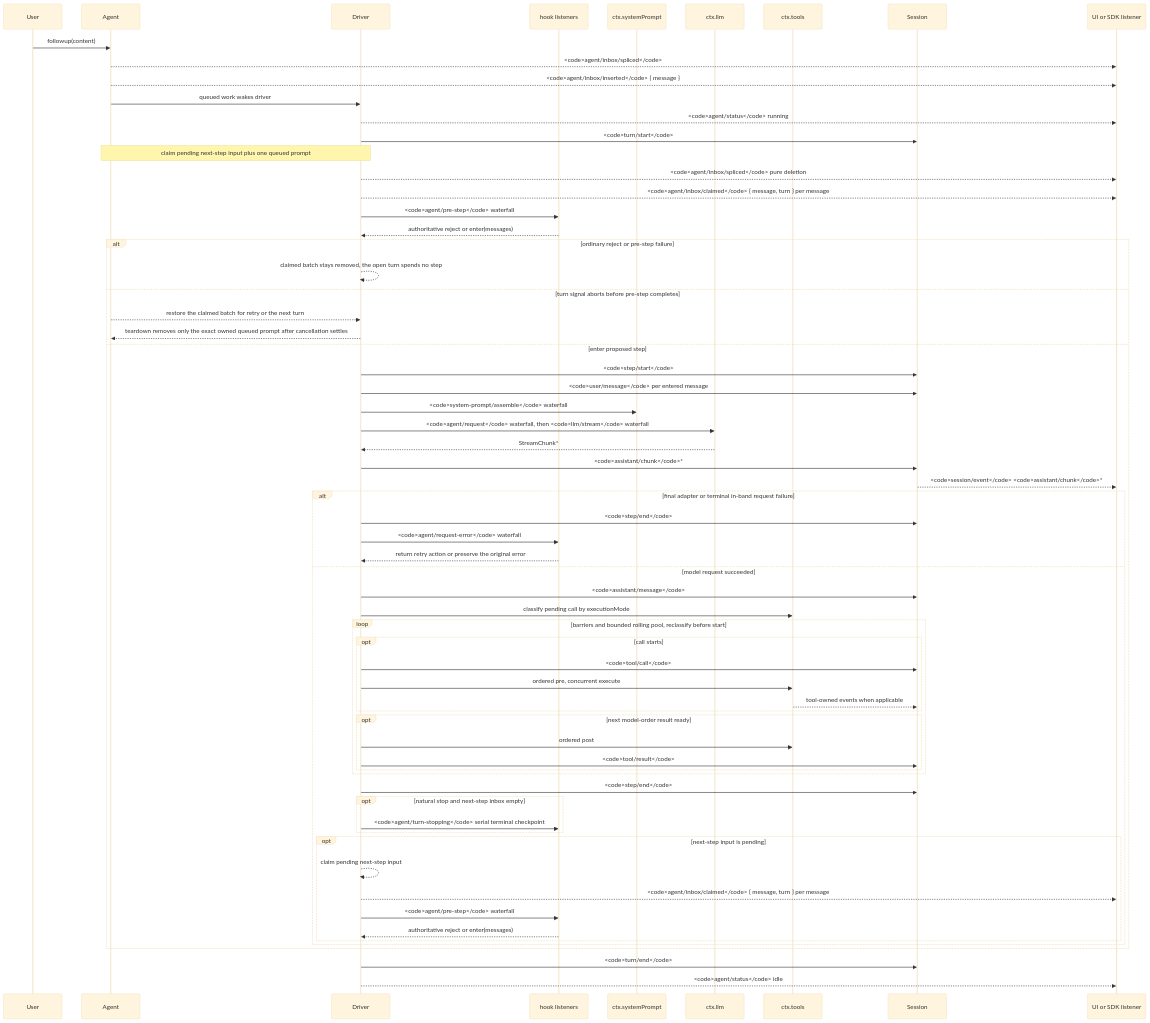
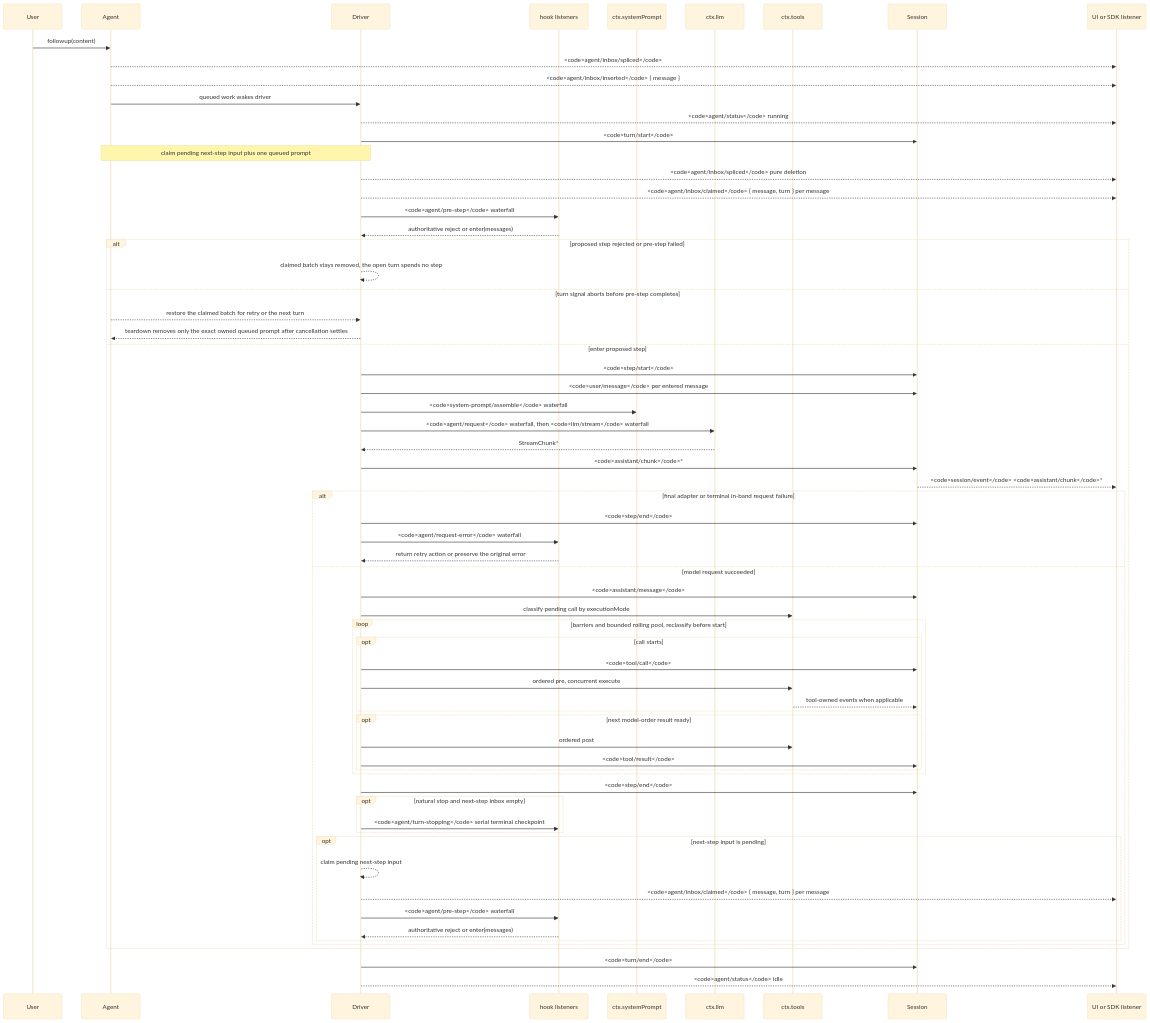
One commit to Abaddollyon/deepseek-harness changed the diagram in docs/agent-lifecycle.zh.md. Above: the diagram before and after it, drawn with Mermaid (base theme). The commit also changed 7 other files, not shown here.

````diff
--- a/docs/agent-lifecycle.zh.md
+++ b/docs/agent-lifecycle.zh.md
@@ -10,68 +10,68 @@
 ```mermaid
 sequenceDiagram
   participant User
   participant Agent
   participant Driver
   participant Hooks as hook listeners
   participant Prompt as ctx.systemPrompt
   participant LLM as ctx.llm
   participant Tools as ctx.tools
   participant Session
   participant SDK as UI or SDK listener
   User->>Agent: followup(content)
   Agent-->>SDK: <code>agent/inbox/spliced</code>
   Agent-->>SDK: <code>agent/inbox/inserted</code> { message }
   Agent->>Driver: queued work wakes driver
   Driver-->>SDK: <code>agent/status</code> running
   Driver->>Session: <code>turn/start</code>
   Note over Agent,Driver: claim pending next-step input plus one queued prompt
   Driver-->>SDK: <code>agent/inbox/spliced</code> pure deletion
   Driver-->>SDK: <code>agent/inbox/claimed</code> { message, turn } per message
   Driver->>Hooks: <code>agent/pre-step</code> waterfall
   Hooks-->>Driver: authoritative reject or enter(messages)
-  alt ordinary reject or pre-step failure
+  alt proposed step rejected or pre-step failed
     Driver-->>Driver: claimed batch stays removed, the open turn spends no step
   else turn signal aborts before pre-step completes
     Agent-->>Driver: restore the claimed batch for retry or the next turn
     Driver-->>Agent: teardown removes only the exact owned queued prompt after cancellation settles
   else enter proposed step
   Driver->>Session: <code>step/start</code>
   Driver->>Session: <code>user/message</code> per entered message
   Driver->>Prompt: <code>system-prompt/assemble</code> waterfall
   Driver->>LLM: <code>agent/request</code> waterfall, then <code>llm/stream</code> waterfall
   LLM-->>Driver: StreamChunk*
   Driver->>Session: <code>assistant/chunk</code>*
   Session-->>SDK: <code>session/event</code> <code>assistant/chunk</code>*
   alt final adapter or terminal in-band request failure
     Driver->>Session: <code>step/end</code>
     Driver->>Hooks: <code>agent/request-error</code> waterfall
     Hooks-->>Driver: return retry action or preserve the original error
   else model request succeeded
   Driver->>Session: <code>assistant/message</code>
   Driver->>Tools: classify pending call by executionMode
   loop barriers and bounded rolling pool, reclassify before start
     opt call starts
       Driver->>Session: <code>tool/call</code>
       Driver->>Tools: ordered pre, concurrent execute
       Tools-->>Session: tool-owned events when applicable
     end
     opt next model-order result ready
       Driver->>Tools: ordered post
       Driver->>Session: <code>tool/result</code>
     end
   end
   Driver->>Session: <code>step/end</code>
   opt natural stop and next-step inbox empty
     Driver->>Hooks: <code>agent/turn-stopping</code> serial terminal checkpoint
   end
   opt next-step input is pending
     Driver-->>Driver: claim pending next-step input
     Driver-->>SDK: <code>agent/inbox/claimed</code> { message, turn } per message
     Driver->>Hooks: <code>agent/pre-step</code> waterfall
     Hooks-->>Driver: authoritative reject or enter(messages)
   end
   end
   end
   Driver->>Session: <code>turn/end</code>
   Driver-->>SDK: <code>agent/status</code> idle
 ```
````
